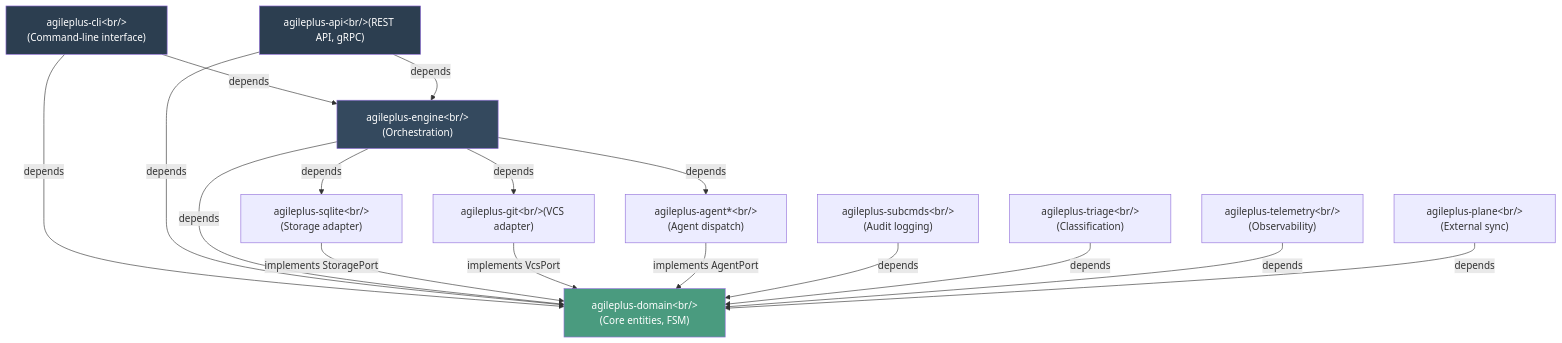
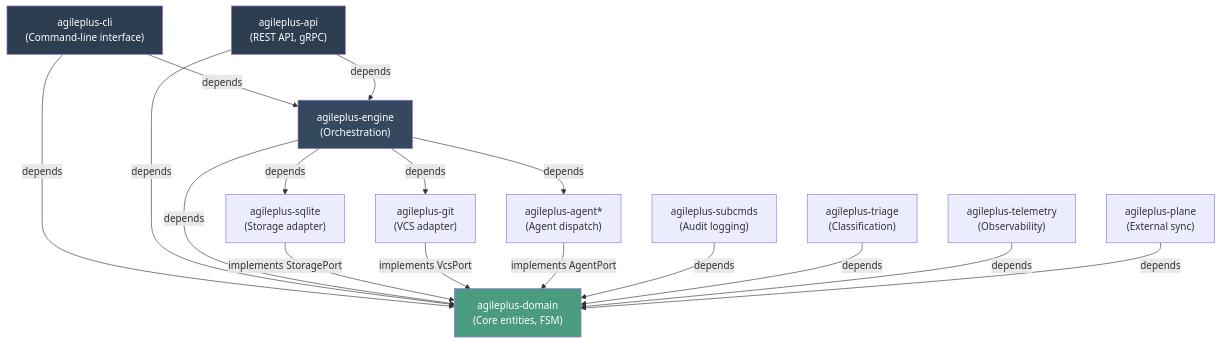
One commit to KooshaPari/HexaKit changed the first of 2 diagrams in docs/architecture/overview.md. Above: the diagram before and after it, drawn with Mermaid. The commit also changed other lines of this file and 203 other files, not shown here.

````diff
--- a/docs/architecture/overview.md
+++ b/docs/architecture/overview.md
@@ -13,42 +13,42 @@
 ```mermaid
 graph TD
-    CLI["agileplus-cli&lt;br/&gt;(Command-line interface)"]
-    API["agileplus-api&lt;br/&gt;(REST API, gRPC)"]
+    CLI["agileplus-cli<br/>(Command-line interface)"]
+    API["agileplus-api<br/>(REST API, gRPC)"]
 
-    Engine["agileplus-engine&lt;br/&gt;(Orchestration)"]
-    Domain["agileplus-domain&lt;br/&gt;(Core entities, FSM)"]
+    Engine["agileplus-engine<br/>(Orchestration)"]
+    Domain["agileplus-domain<br/>(Core entities, FSM)"]
 
-    SQLite["agileplus-sqlite&lt;br/&gt;(Storage adapter)"]
-    Git["agileplus-git&lt;br/&gt;(VCS adapter)"]
-    Agent["agileplus-agent*&lt;br/&gt;(Agent dispatch)"]
+    SQLite["agileplus-sqlite<br/>(Storage adapter)"]
+    Git["agileplus-git<br/>(VCS adapter)"]
+    Agent["agileplus-agent*<br/>(Agent dispatch)"]
 
-    SubCmds["agileplus-subcmds&lt;br/&gt;(Audit logging)"]
-    Triage["agileplus-triage&lt;br/&gt;(Classification)"]
-    Telemetry["agileplus-telemetry&lt;br/&gt;(Observability)"]
+    SubCmds["agileplus-subcmds<br/>(Audit logging)"]
+    Triage["agileplus-triage<br/>(Classification)"]
+    Telemetry["agileplus-telemetry<br/>(Observability)"]
 
-    Sync["agileplus-plane&lt;br/&gt;(External sync)"]
+    Sync["agileplus-plane<br/>(External sync)"]
 
     CLI -->|depends| Domain
     CLI -->|depends| Engine
     API -->|depends| Domain
     API -->|depends| Engine
 
     Engine -->|depends| Domain
     Engine -->|depends| SQLite
     Engine -->|depends| Git
     Engine -->|depends| Agent
 
     SQLite -->|implements StoragePort| Domain
     Git -->|implements VcsPort| Domain
     Agent -->|implements AgentPort| Domain
 
     SubCmds -->|depends| Domain
     Triage -->|depends| Domain
     Telemetry -->|depends| Domain
     Sync -->|depends| Domain
 
     style Domain fill:#4a9b7f,color:#fff
     style CLI fill:#2c3e50,color:#fff
     style API fill:#2c3e50,color:#fff
     style Engine fill:#34495e,color:#fff
 ```
````
